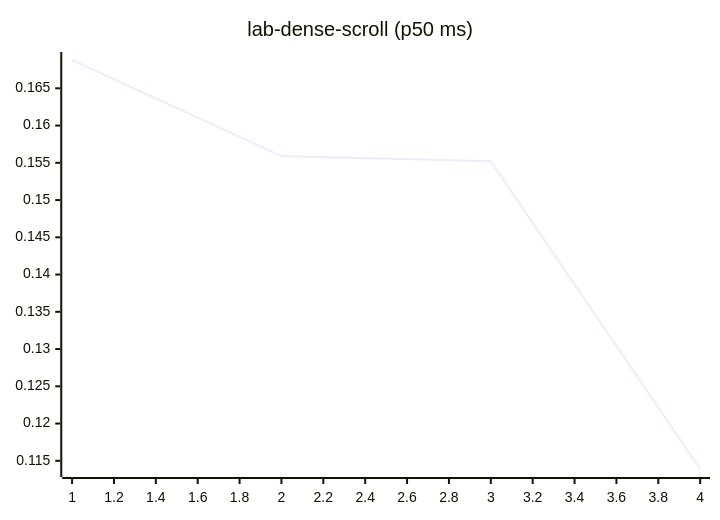
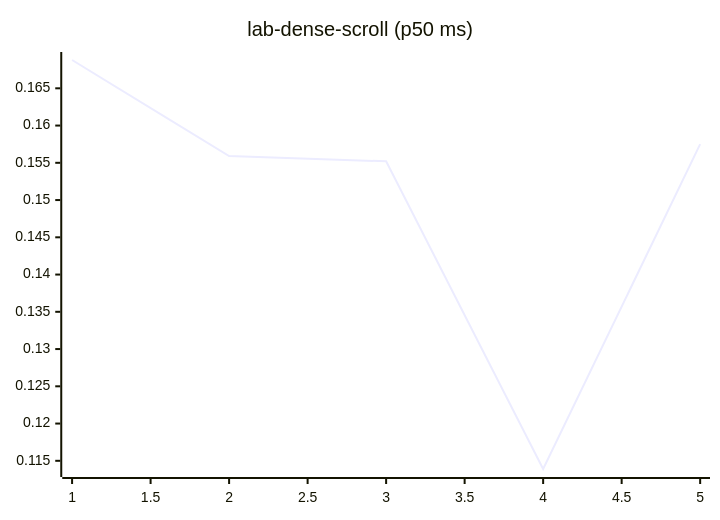
Before and after one commit to josha/Facet: diagram 12 of 27 in README.md, drawn with Mermaid. The commit also changed other lines of this file and 2 other files, not shown here.

````diff
--- a/README.md
+++ b/README.md
@@ -140,6 +140,6 @@
 ```mermaid
 xychart-beta
     title "lab-dense-scroll (p50 ms)"
-    x-axis 1 --> 4
-    line [0.1688, 0.1559, 0.1552, 0.1139]
+    x-axis 1 --> 5
+    line [0.1688, 0.1559, 0.1552, 0.1139, 0.1575]
 ```
````
